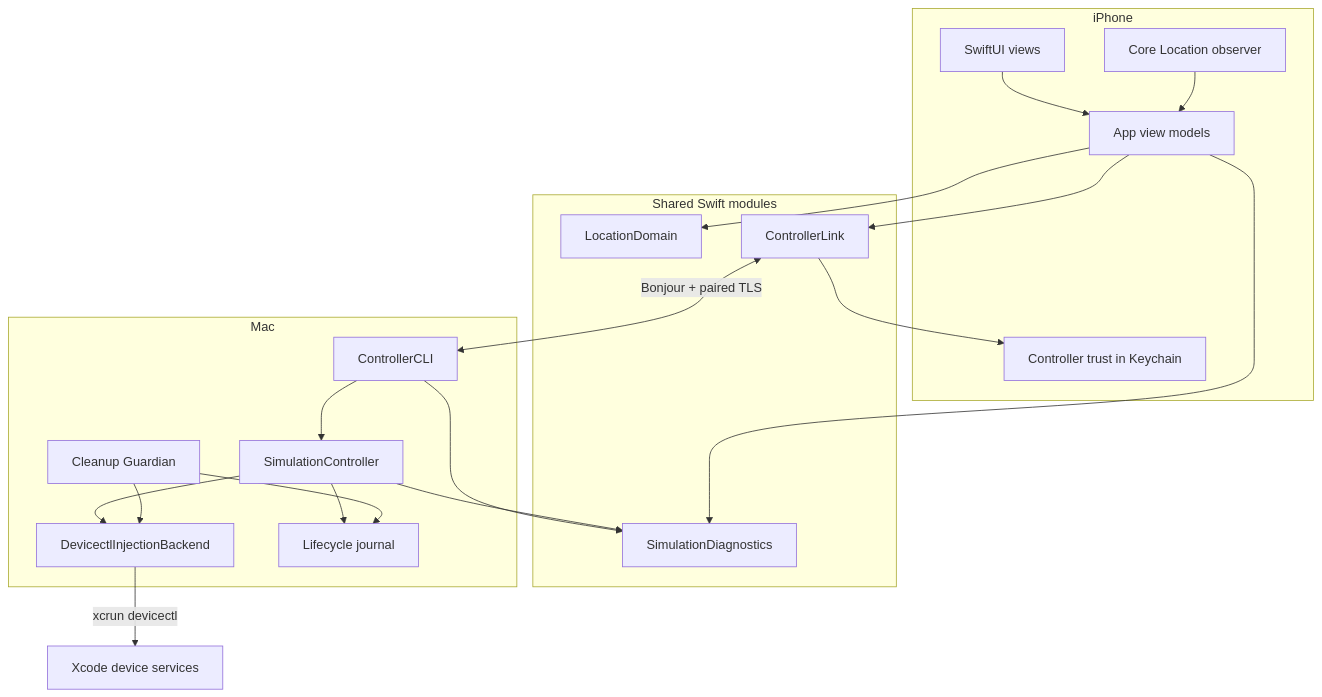
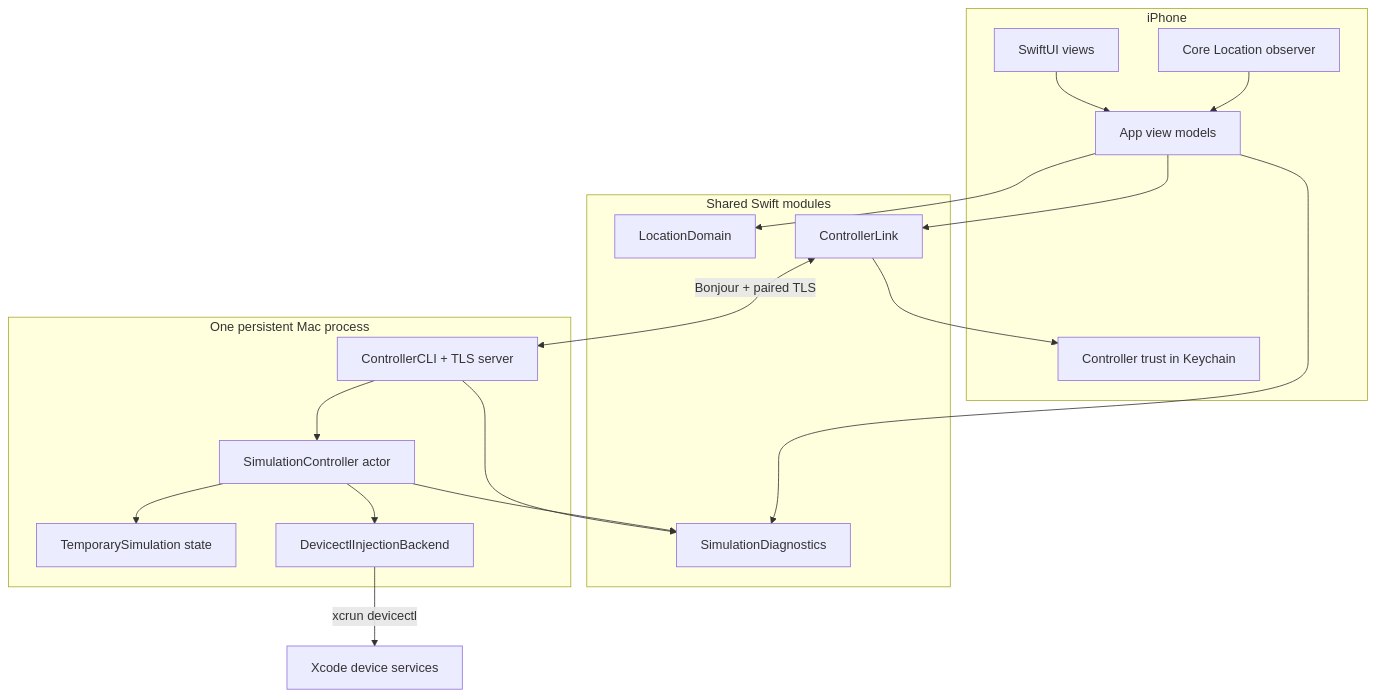
Before and after one commit to sayoriqwq/pinshift: the first of 2 diagrams in CODEBASE.md, drawn with Mermaid. The commit also changed other lines of this file and 51 other files, not shown here.

````diff
--- a/CODEBASE.md
+++ b/CODEBASE.md
@@ -9,39 +8,36 @@
 ```mermaid
 flowchart TB
   subgraph iOS["iPhone"]
     UI["SwiftUI views"]
     VM["App view models"]
     OBS["Core Location observer"]
     TRUST["Controller trust in Keychain"]
   end
 
   subgraph Shared["Shared Swift modules"]
     DOMAIN["LocationDomain"]
     LINK["ControllerLink"]
     DIAG["SimulationDiagnostics"]
   end
 
-  subgraph macOS["Mac"]
-    CLI["ControllerCLI"]
-    CTRL["SimulationController"]
+  subgraph macOS["One persistent Mac process"]
+    CLI["ControllerCLI + TLS server"]
+    CTRL["SimulationController actor"]
+    STORE["TemporarySimulation state"]
     BACKEND["DevicectlInjectionBackend"]
-    GUARDIAN["Cleanup Guardian"]
-    JOURNAL["Lifecycle journal"]
   end
 
   UI --> VM
   VM --> DOMAIN
   VM --> LINK
   OBS --> VM
   LINK --> TRUST
   LINK <-->|"Bonjour + paired TLS"| CLI
   CLI --> CTRL
+  CTRL --> STORE
   CTRL --> BACKEND
-  CTRL --> JOURNAL
-  GUARDIAN --> JOURNAL
-  GUARDIAN --> BACKEND
   BACKEND -->|"xcrun devicectl"| PHONE["Xcode device services"]
   VM --> DIAG
   CLI --> DIAG
   CTRL --> DIAG
 ```
````
